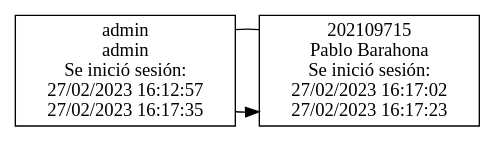
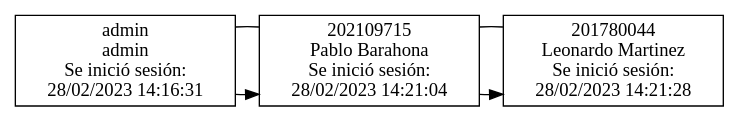
The diagram in EDD_Proyecto1_Fase1/Inicios de sesión/estudiantes.dot (Barahona1602/Sistema-de-Archivos), drawn with Graphviz before and after one commit. The commit also changed 114 other files, not shown here.

```diff
--- a/EDD_Proyecto1_Fase1/Inicios de sesión/estudiantes.dot
+++ b/EDD_Proyecto1_Fase1/Inicios de sesión/estudiantes.dot
@@ -1,22 +1,24 @@
 digraph {
 node [shape=box]
 {rank=same "admin
 admin 
 Se inició sesión:
-27/02/2023 16:12:57
-27/02/2023 16:17:35" -> "202109715
+28/02/2023 14:16:31" -> "202109715
 Pablo Barahona
 Se inició sesión:
-27/02/2023 16:17:02
-27/02/2023 16:17:23"}
+28/02/2023 14:21:04" -> "201780044
+Leonardo Martinez
+Se inició sesión:
+28/02/2023 14:21:28"}
 edge [dir=none]
 {rank=same "admin
 admin 
 Se inició sesión:
-27/02/2023 16:12:57
-27/02/2023 16:17:35" -> "202109715
+28/02/2023 14:16:31" -> "202109715
 Pablo Barahona
 Se inició sesión:
-27/02/2023 16:17:02
-27/02/2023 16:17:23"}
+28/02/2023 14:21:04" -> "201780044
+Leonardo Martinez
+Se inició sesión:
+28/02/2023 14:21:28"}
 }
```
